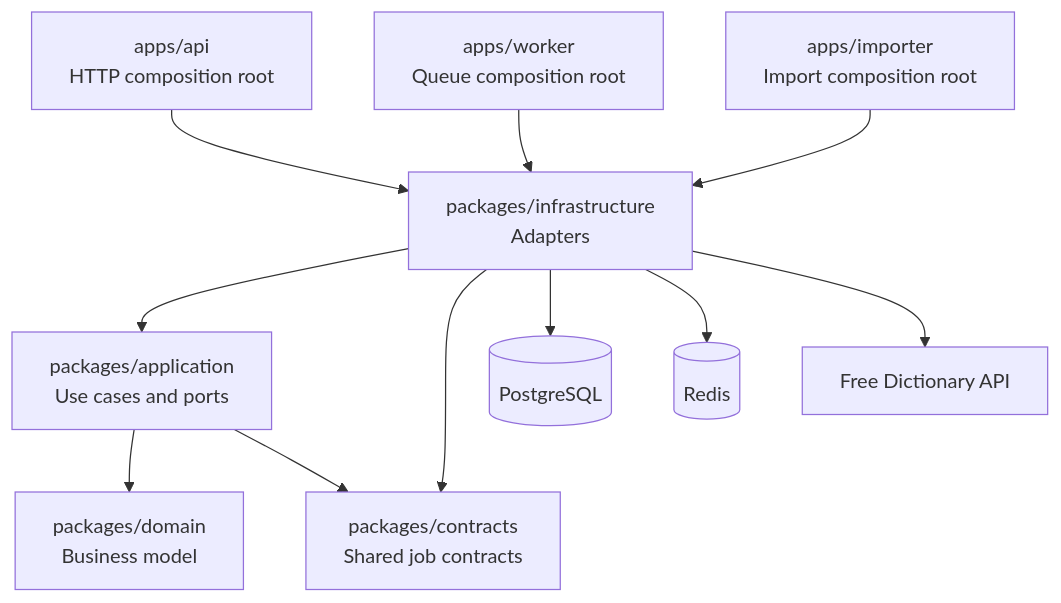
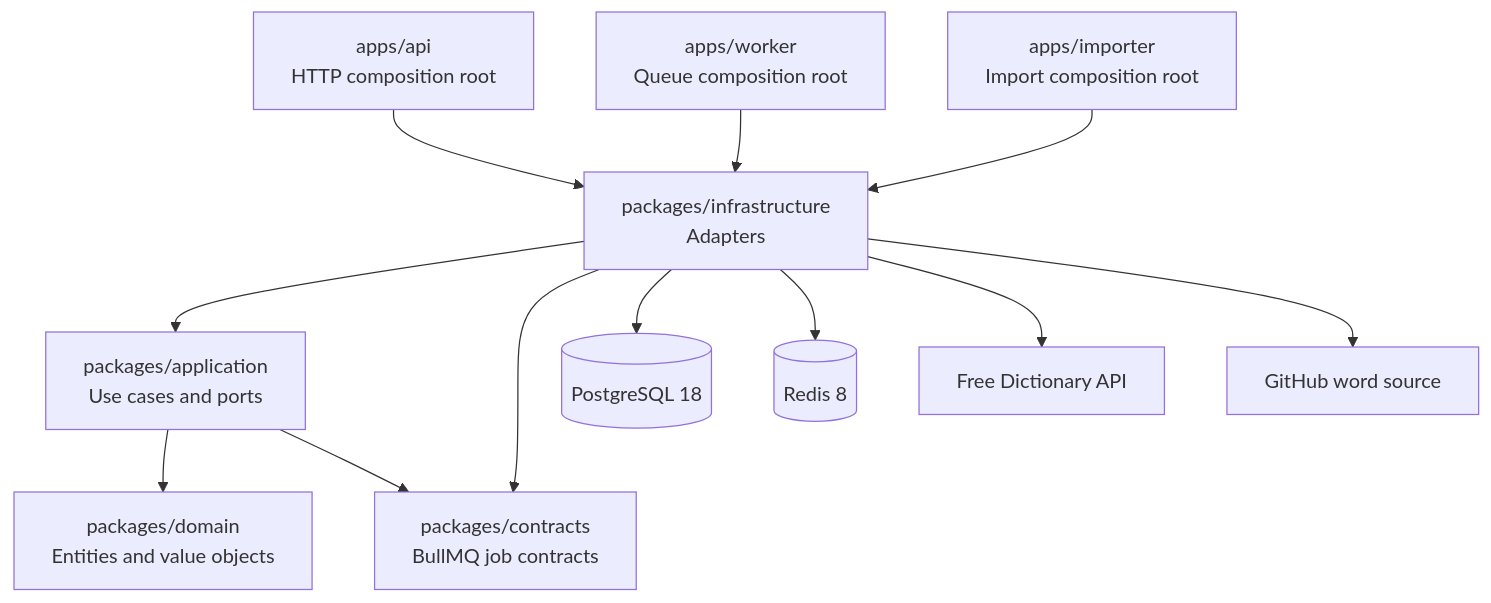
One commit to C4BRALL/english-dictionary-api changed the first of 4 diagrams in docs/architecture.md. Above: the diagram before and after it, drawn with Mermaid. The commit also changed other lines of this file and 2 other files, not shown here.

Commit message:
docs: complete delivery guide and architecture

````diff
--- a/docs/architecture.md
+++ b/docs/architecture.md
@@ -6,24 +10,26 @@
 ```mermaid
 flowchart TD
   API["apps/api<br/>HTTP composition root"]
   Worker["apps/worker<br/>Queue composition root"]
   Importer["apps/importer<br/>Import composition root"]
   Infrastructure["packages/infrastructure<br/>Adapters"]
   Application["packages/application<br/>Use cases and ports"]
-  Domain["packages/domain<br/>Business model"]
-  Contracts["packages/contracts<br/>Shared job contracts"]
-  PostgreSQL[("PostgreSQL")]
-  Redis[("Redis")]
+  Domain["packages/domain<br/>Entities and value objects"]
+  Contracts["packages/contracts<br/>BullMQ job contracts"]
+  PostgreSQL[("PostgreSQL 18")]
+  Redis[("Redis 8")]
   Dictionary["Free Dictionary API"]
+  WordSource["GitHub word source"]
 
   API --> Infrastructure
   Worker --> Infrastructure
   Importer --> Infrastructure
   Infrastructure --> Application
   Infrastructure --> Contracts
   Application --> Domain
   Application --> Contracts
   Infrastructure --> PostgreSQL
   Infrastructure --> Redis
   Infrastructure --> Dictionary
+  Infrastructure --> WordSource
 ```
````
